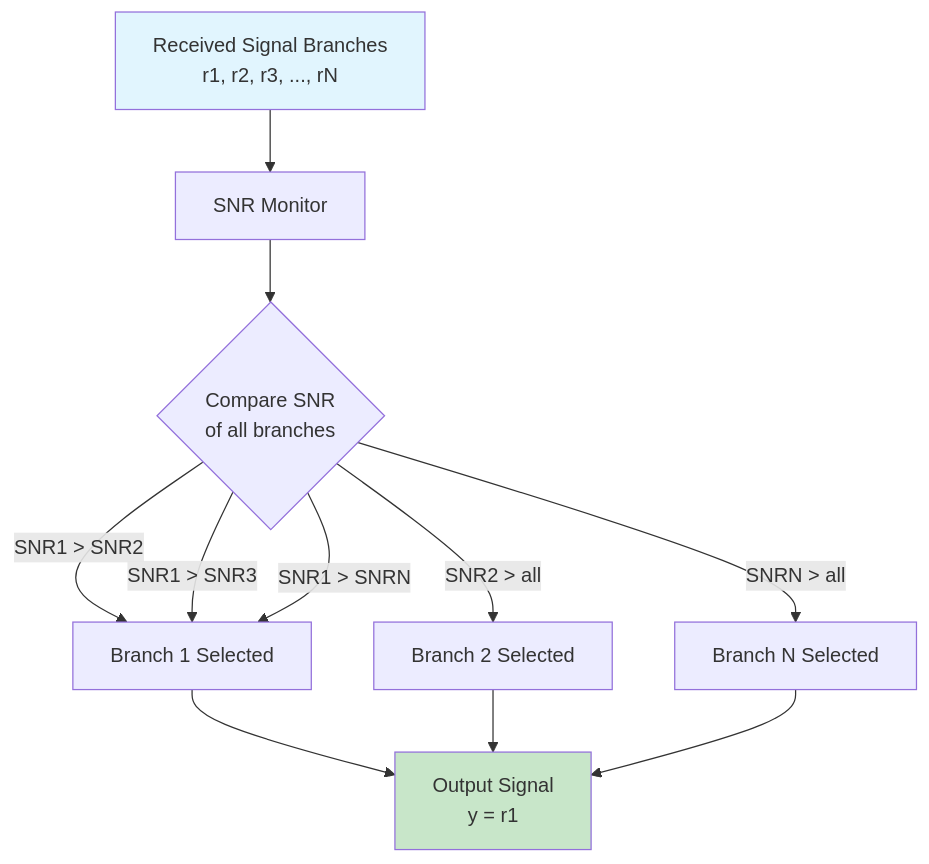
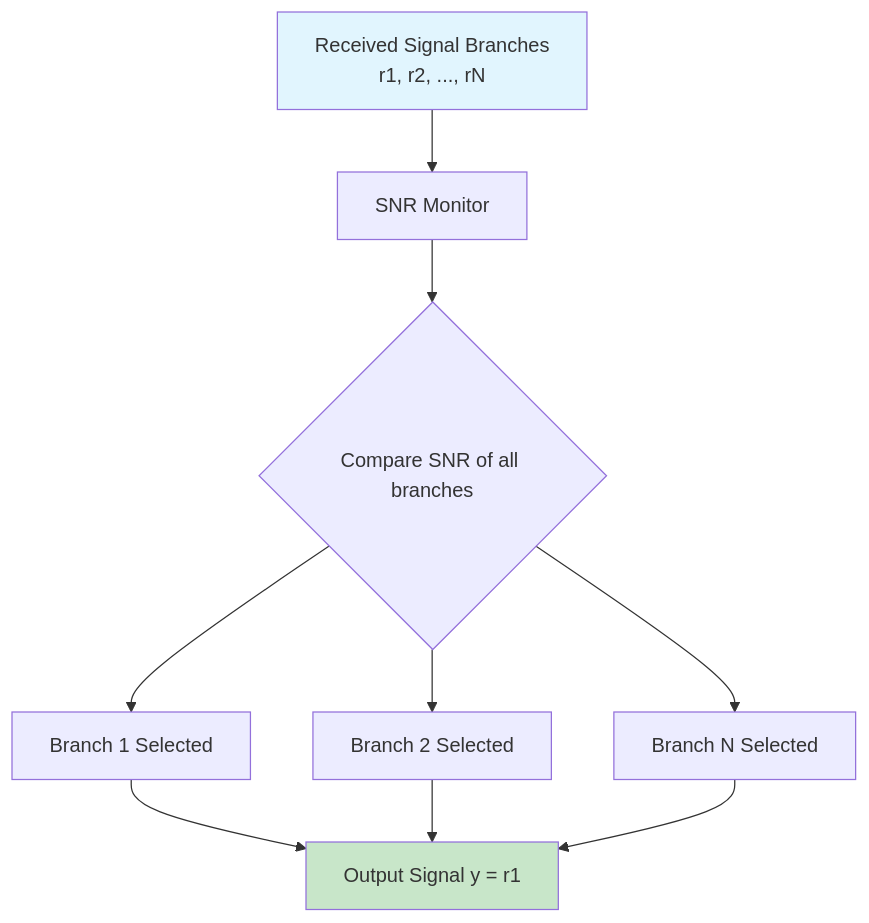
One commit to aruncs31s/Acedemia-Notes changed the second of 4 diagrams in Btech/S8/ECT402/Module 4/4.1 Diversity.md. Above: the diagram before and after it, drawn with Mermaid. The commit also changed other lines of this file and 1 other file, not shown here.

Commit message:
vault backup: 2026-04-20 04:40:30

````diff
--- a/Btech/S8/ECT402/Module 4/4.1 Diversity.md
+++ b/Btech/S8/ECT402/Module 4/4.1 Diversity.md
@@ -84,16 +84,14 @@
 ```mermaid
 flowchart TD
-    A[Received Signal Branches<br/>r1, r2, r3, ..., rN] --> B[SNR Monitor]
-    B --> C{Compare SNR<br/>of all branches}
-    C -->|SNR1 > SNR2| D[Branch 1 Selected]
-    C -->|SNR1 > SNR3| D
-    C -->|SNR1 > SNRN| D
-    C -->|SNR2 > all| E[Branch 2 Selected]
-    C -->|SNRN > all| F[Branch N Selected]
-    D --> G[Output Signal<br/>y = r1]
-    E --> G
-    F --> G
-    
+    A[Received Signal Branches<br/>r1, r2, ..., rN] --> B[SNR Monitor]
+    B --> C{Compare SNR of all branches}
+    C --> D1[Branch 1 Selected]
+    C --> D2[Branch 2 Selected]
+    C --> DN[Branch N Selected]
+    D1 --> G[Output Signal y = r1]
+    D2 --> G
+    DN --> G
+
     style A fill:#e1f5fe
     style G fill:#c8e6c9
 ```
````
